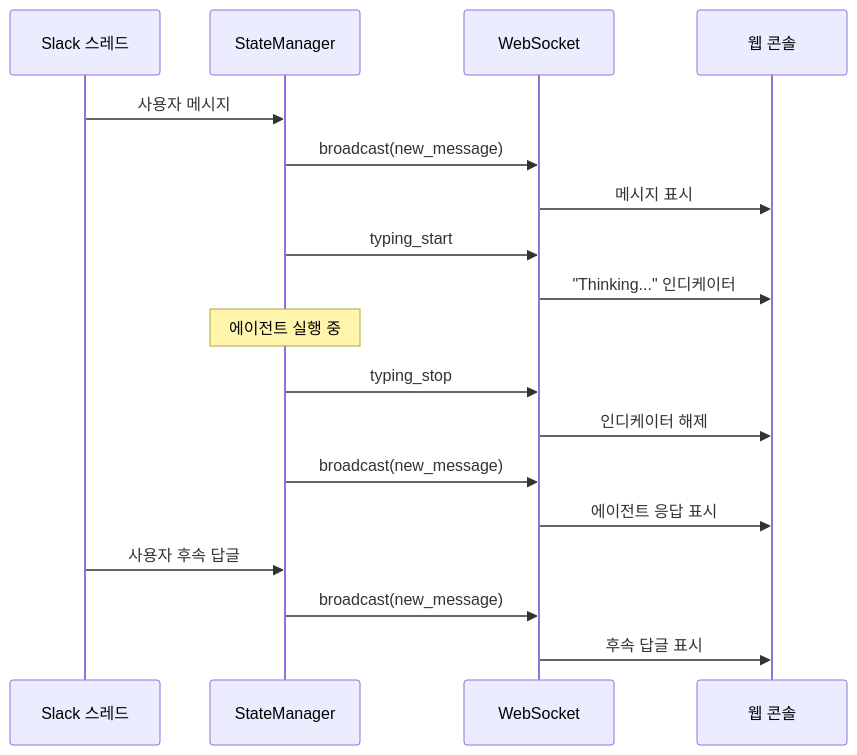
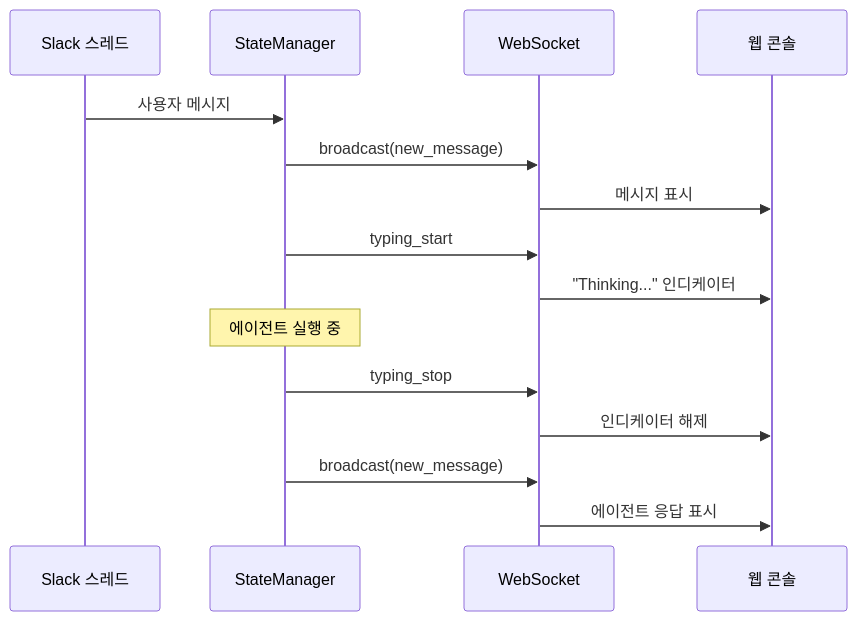
Before and after one commit to kimduksoo/duksoo-tech-blog: the third of 3 diagrams in content/ai/ai-infra-automation-v2.md, drawn with Mermaid. The commit also changed other lines of this file, not shown here.

````diff
--- a/content/ai/ai-infra-automation-v2.md
+++ b/content/ai/ai-infra-automation-v2.md
@@ -244,24 +152,20 @@
 ```mermaid
 sequenceDiagram
     participant S as Slack 스레드
     participant SM as StateManager
     participant WS as WebSocket
     participant W as 웹 콘솔
 
     S->>SM: 사용자 메시지
     SM->>WS: broadcast(new_message)
     WS->>W: 메시지 표시
 
     SM->>WS: typing_start
     WS->>W: "Thinking..." 인디케이터
     Note over SM: 에이전트 실행 중
     SM->>WS: typing_stop
     WS->>W: 인디케이터 해제
 
     SM->>WS: broadcast(new_message)
     WS->>W: 에이전트 응답 표시
-
-    S->>SM: 사용자 후속 답글
-    SM->>WS: broadcast(new_message)
-    WS->>W: 후속 답글 표시
 ```
````
